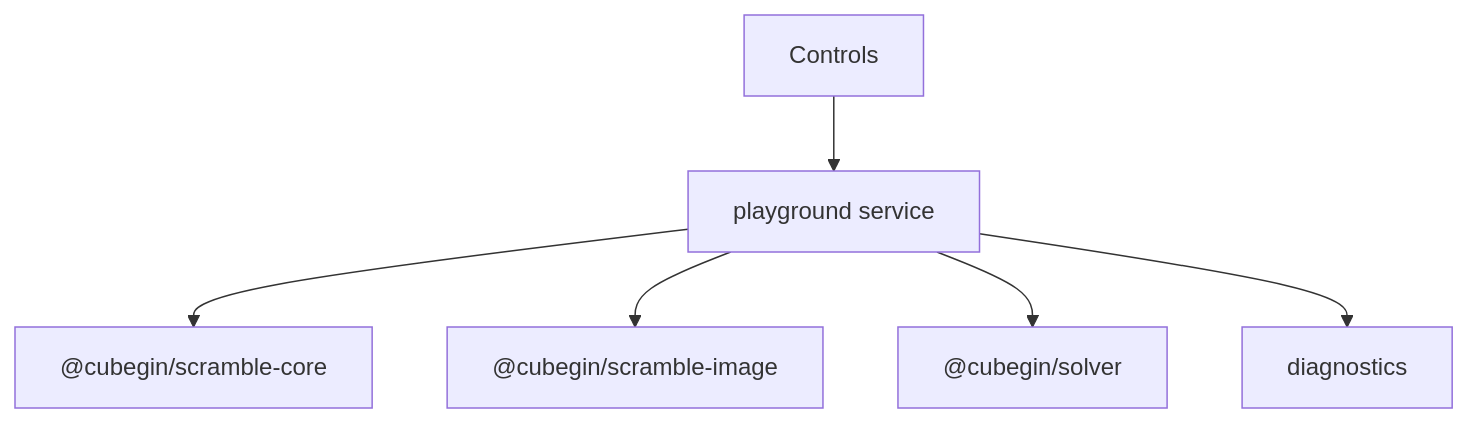
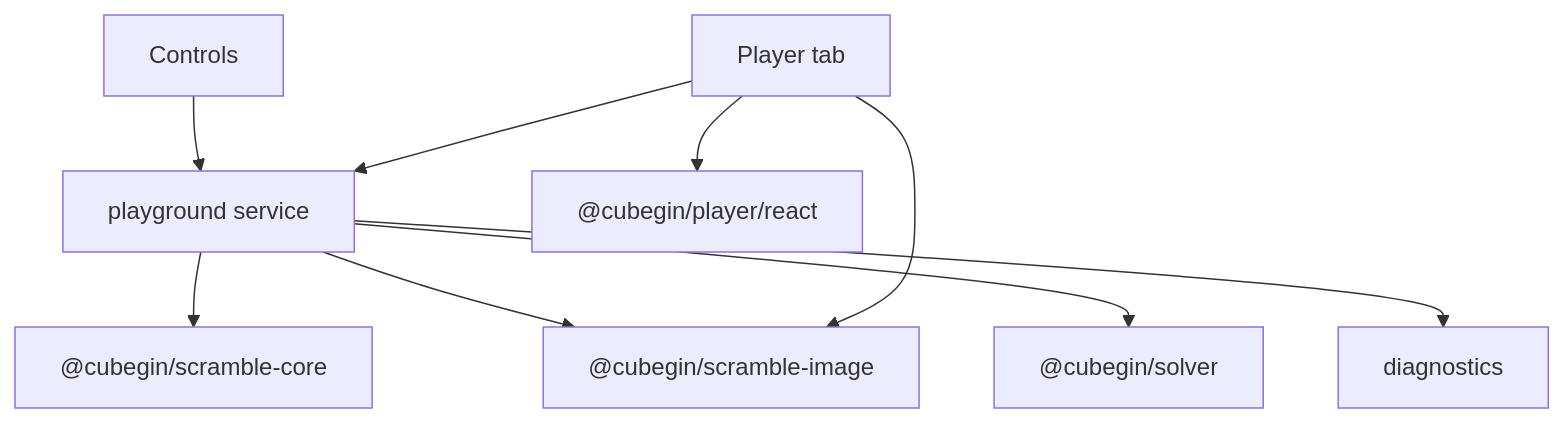
One commit to deweyou/cube-kit changed the diagram in docs/apps/playground/index.md. Above: the diagram before and after it, drawn with Mermaid. The commit also changed other lines of this file and 69 other files, not shown here.

````diff
--- a/docs/apps/playground/index.md
+++ b/docs/apps/playground/index.md
@@ -3,8 +3,11 @@
 ```mermaid
 flowchart TD
     Controls["Controls"] --> Service["playground service"]
     Service --> Core["@cubegin/scramble-core"]
     Service --> Image["@cubegin/scramble-image"]
     Service --> Solver["@cubegin/solver"]
     Service --> Diagnostics["diagnostics"]
+    PlayerTab["Player tab"] --> Player["@cubegin/player/react"]
+    PlayerTab --> Service
+    PlayerTab --> Image
 ```
````
